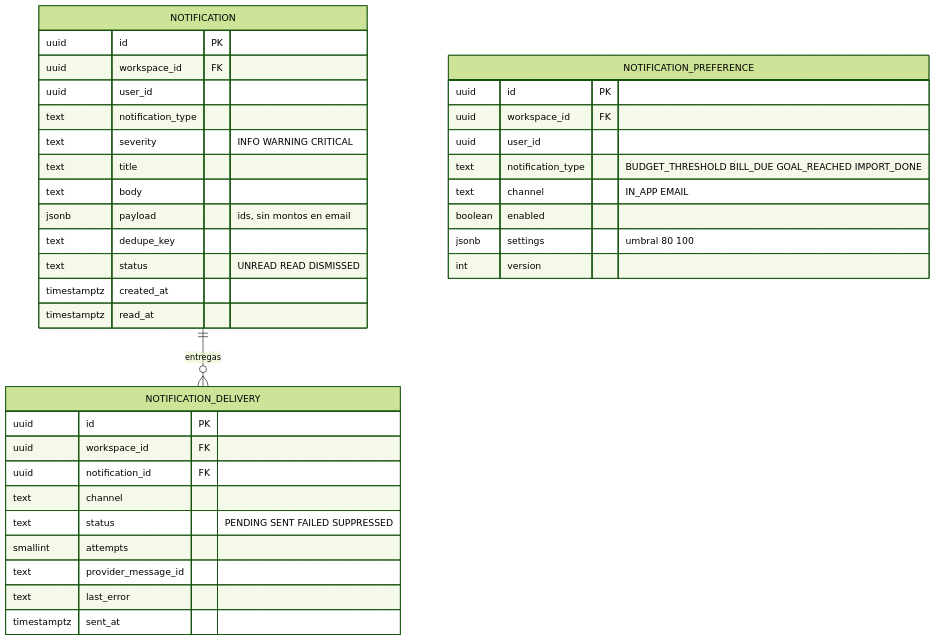
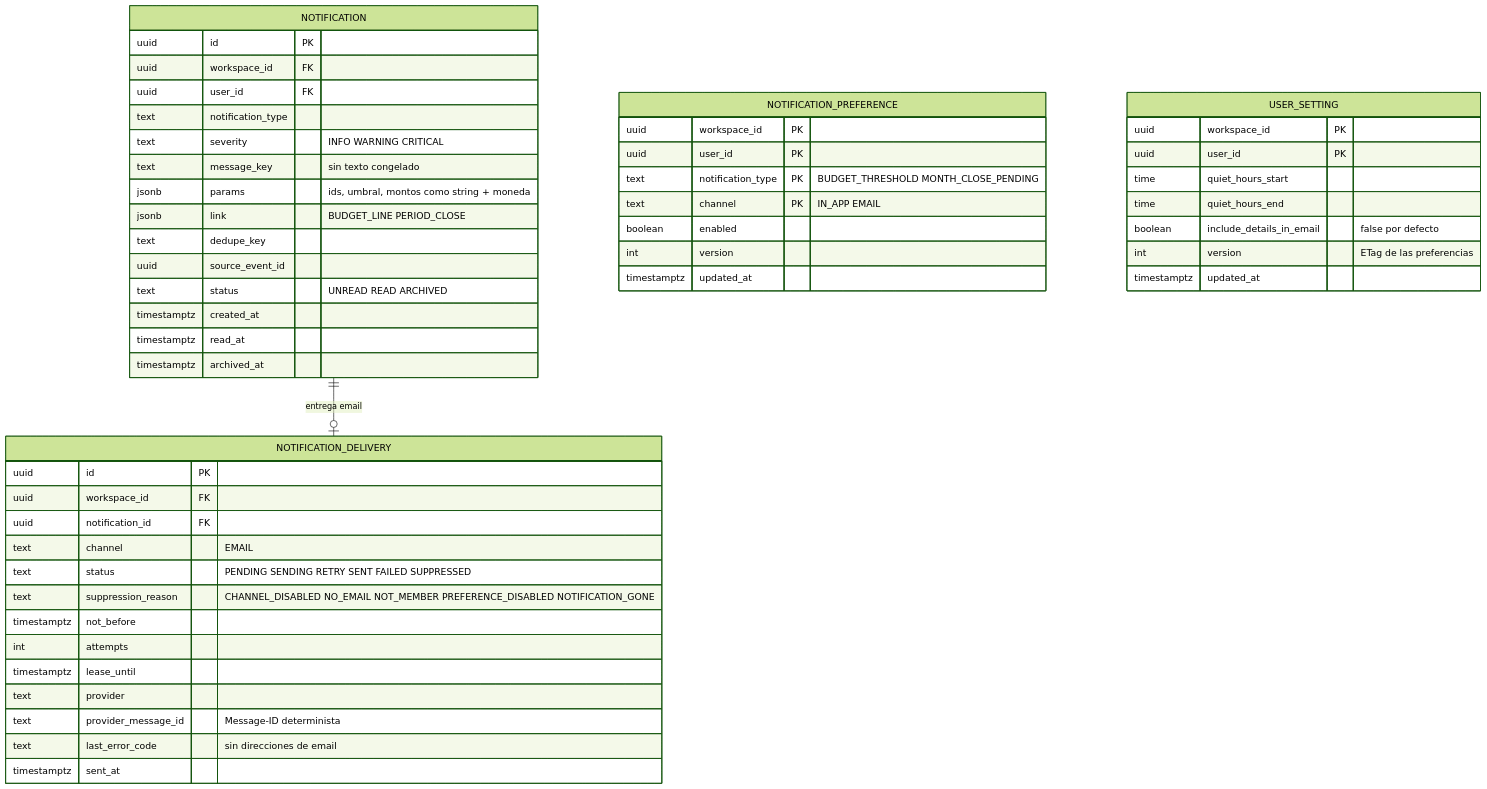
Diagram 17 of 21 in docs/08-data-model.md (manuXD270516/personal-finances), drawn with Mermaid (forest theme) before and after one commit. The commit also changed other lines of this file and 134 other files, not shown here.

First line of the commit message:
feat(notifications): alertas in-app y por correo (add-alerts) (#70)

````diff
--- a/docs/08-data-model.md
+++ b/docs/08-data-model.md
@@ -1455,39 +1455,53 @@
 ```mermaid
 erDiagram
-  NOTIFICATION ||--o{ NOTIFICATION_DELIVERY : "entregas"
+  NOTIFICATION ||--o| NOTIFICATION_DELIVERY : "entrega email"
   NOTIFICATION_PREFERENCE {
-    uuid id PK
-    uuid workspace_id FK
-    uuid user_id
-    text notification_type "BUDGET_THRESHOLD BILL_DUE GOAL_REACHED IMPORT_DONE"
-    text channel "IN_APP EMAIL"
+    uuid workspace_id PK
+    uuid user_id PK
+    text notification_type PK "BUDGET_THRESHOLD MONTH_CLOSE_PENDING"
+    text channel PK "IN_APP EMAIL"
     boolean enabled
-    jsonb settings "umbral 80 100"
     int version
+    timestamptz updated_at
+  }
+  USER_SETTING {
+    uuid workspace_id PK
+    uuid user_id PK
+    time quiet_hours_start
+    time quiet_hours_end
+    boolean include_details_in_email "false por defecto"
+    int version "ETag de las preferencias"
+    timestamptz updated_at
   }
   NOTIFICATION {
     uuid id PK
     uuid workspace_id FK
-    uuid user_id
+    uuid user_id FK
     text notification_type
     text severity "INFO WARNING CRITICAL"
-    text title
-    text body
-    jsonb payload "ids, sin montos en email"
+    text message_key "sin texto congelado"
+    jsonb params "ids, umbral, montos como string + moneda"
+    jsonb link "BUDGET_LINE PERIOD_CLOSE"
     text dedupe_key
-    text status "UNREAD READ DISMISSED"
+    uuid source_event_id
+    text status "UNREAD READ ARCHIVED"
     timestamptz created_at
     timestamptz read_at
+    timestamptz archived_at
   }
   NOTIFICATION_DELIVERY {
     uuid id PK
     uuid workspace_id FK
     uuid notification_id FK
-    text channel
-    text status "PENDING SENT FAILED SUPPRESSED"
-    smallint attempts
-    text provider_message_id
-    text last_error
+    text channel "EMAIL"
+    text status "PENDING SENDING RETRY SENT FAILED SUPPRESSED"
+    text suppression_reason "CHANNEL_DISABLED NO_EMAIL NOT_MEMBER PREFERENCE_DISABLED NOTIFICATION_GONE"
+    timestamptz not_before
+    int attempts
+    timestamptz lease_until
+    text provider
+    text provider_message_id "Message-ID determinista"
+    text last_error_code "sin direcciones de email"
     timestamptz sent_at
   }
 ```
````
